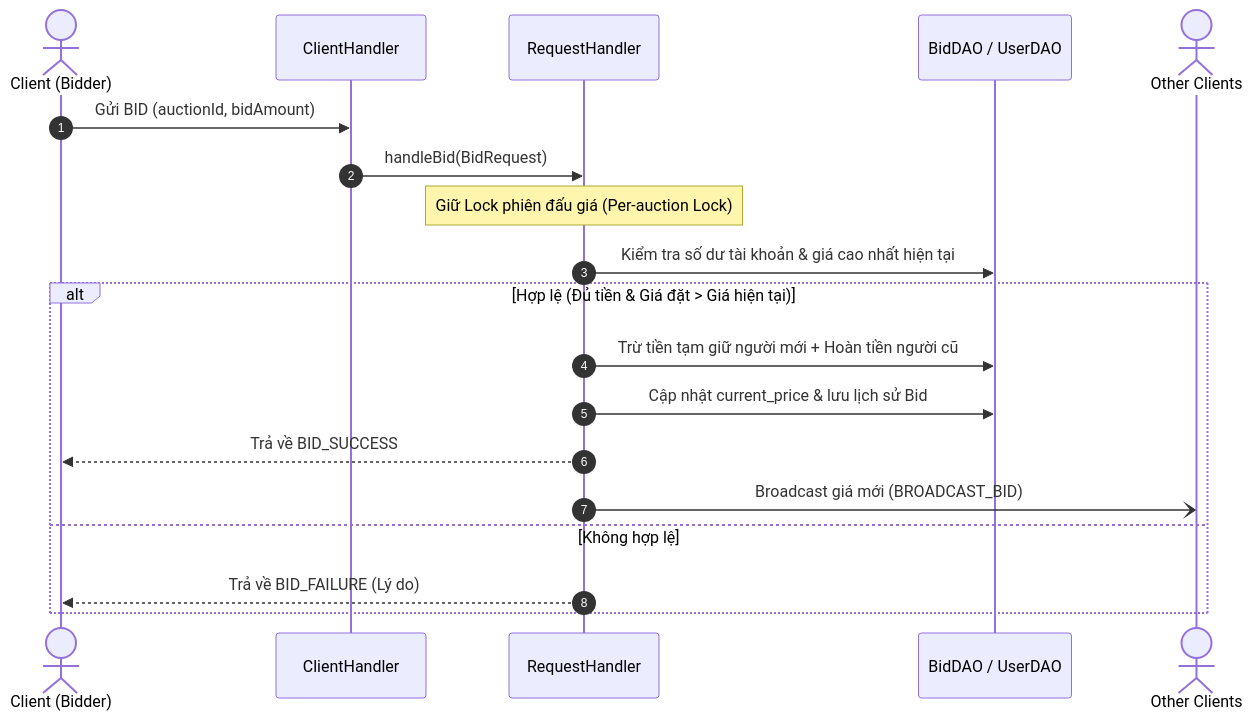
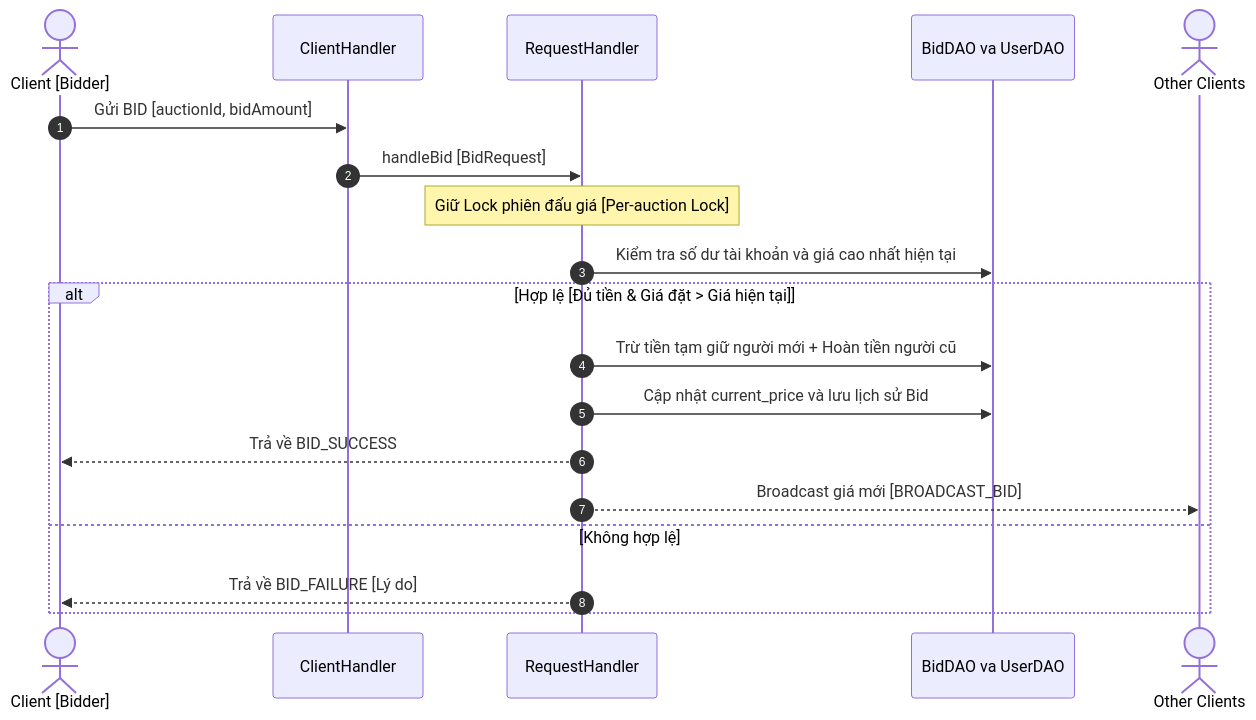
Before and after one commit to vietquanntt-collab/LTNC-BTL: the third of 4 diagrams in DocsJava/ARCHITECTURE_AND_SEQUENCE.md, drawn with Mermaid. The commit also changed other lines of this file, not shown here.

Commit message:
fix(docs): fix mermaid syntax for github markdown rendering

````diff
--- a/DocsJava/ARCHITECTURE_AND_SEQUENCE.md
+++ b/DocsJava/ARCHITECTURE_AND_SEQUENCE.md
@@ -43,22 +43,22 @@
 ```mermaid
 sequenceDiagram
     autonumber
-    actor Bidder as Client (Bidder)
+    actor Bidder as Client [Bidder]
     participant CH as ClientHandler
     participant RH as RequestHandler
-    participant DB as BidDAO / UserDAO
+    participant DB as BidDAO va UserDAO
     actor Others as Other Clients
 
-    Bidder->>CH: Gửi BID (auctionId, bidAmount)
-    CH->>RH: handleBid(BidRequest)
-    Note over RH: Giữ Lock phiên đấu giá (Per-auction Lock)
-    RH->>DB: Kiểm tra số dư tài khoản & giá cao nhất hiện tại
-    alt Hợp lệ (Đủ tiền & Giá đặt > Giá hiện tại)
+    Bidder->>CH: Gửi BID [auctionId, bidAmount]
+    CH->>RH: handleBid [BidRequest]
+    Note over RH: Giữ Lock phiên đấu giá [Per-auction Lock]
+    RH->>DB: Kiểm tra số dư tài khoản và giá cao nhất hiện tại
+    alt Hợp lệ [Đủ tiền & Giá đặt > Giá hiện tại]
         RH->>DB: Trừ tiền tạm giữ người mới + Hoàn tiền người cũ
-        RH->>DB: Cập nhật current_price & lưu lịch sử Bid
+        RH->>DB: Cập nhật current_price và lưu lịch sử Bid
         RH-->>Bidder: Trả về BID_SUCCESS
-        RH-)Others: Broadcast giá mới (BROADCAST_BID)
+        RH-->>Others: Broadcast giá mới [BROADCAST_BID]
     else Không hợp lệ
-        RH-->>Bidder: Trả về BID_FAILURE (Lý do)
+        RH-->>Bidder: Trả về BID_FAILURE [Lý do]
     end
 ```
````
